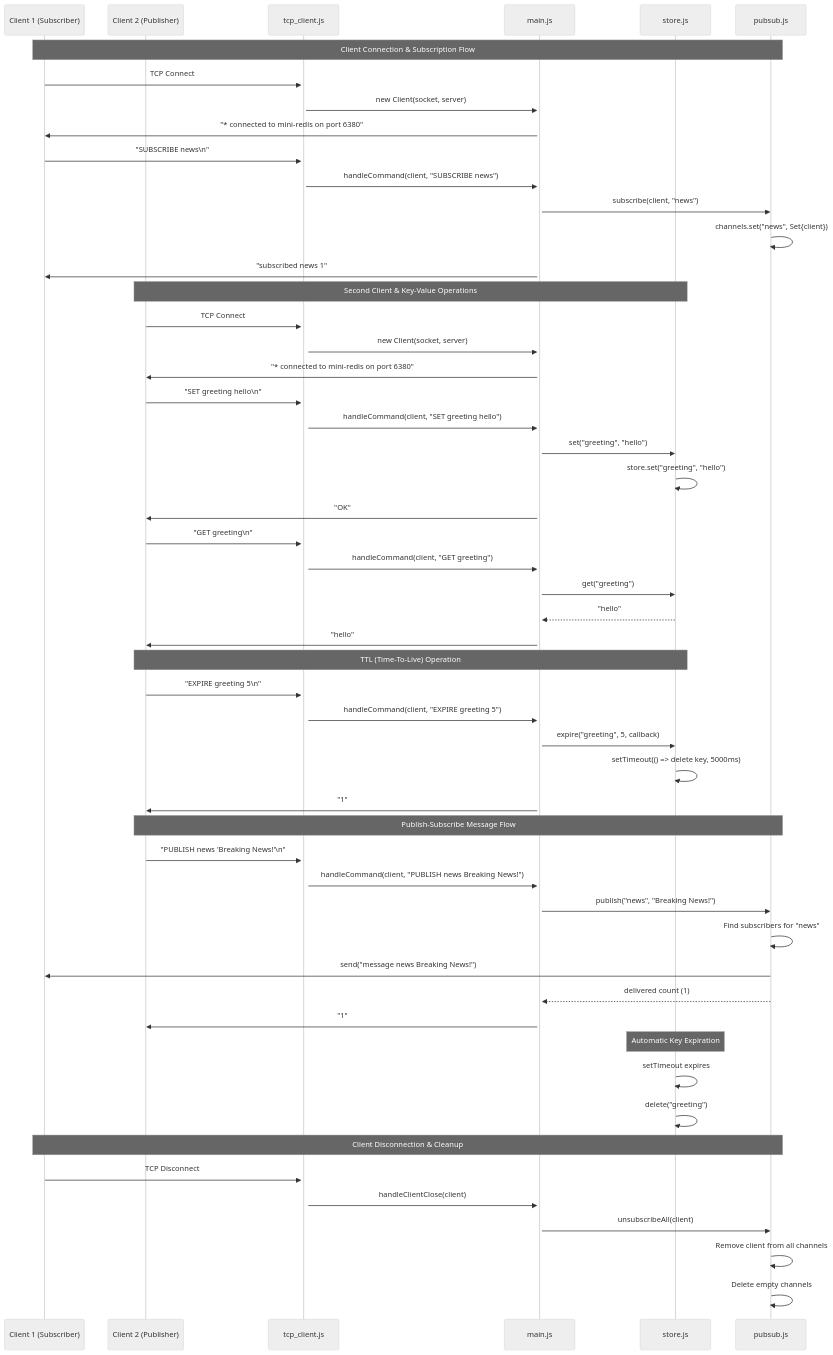
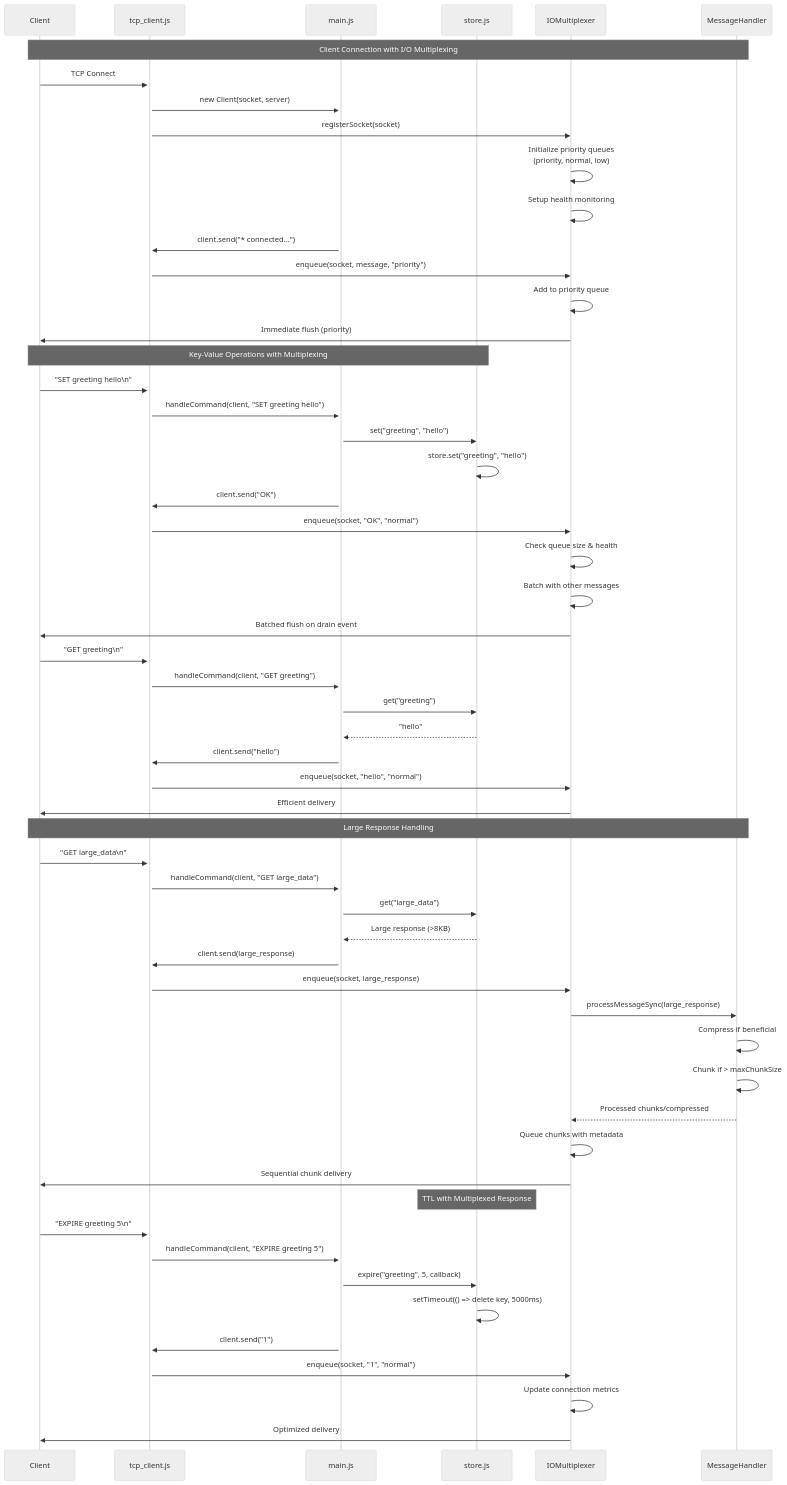
The first of 2 diagrams in README.md (EricNguyen1206/mini-redis), drawn with Mermaid (neutral theme) before and after one commit. The commit also changed other lines of this file and 13 other files, not shown here.

````diff
--- a/README.md
+++ b/README.md
@@ -276,70 +340,67 @@
 ```mermaid
 sequenceDiagram
-    participant C1 as Client 1 (Subscriber)
-    participant C2 as Client 2 (Publisher)
+    participant C as Client
     participant TCP as tcp_client.js
     participant Main as main.js
     participant Store as store.js
-    participant PubSub as pubsub.js
+    participant Mux as IOMultiplexer
+    participant MH as MessageHandler
 
-    Note over C1,PubSub: Client Connection & Subscription Flow
+    Note over C,MH: Client Connection with I/O Multiplexing
 
-    C1->>+TCP: TCP Connect
+    C->>+TCP: TCP Connect
     TCP->>+Main: new Client(socket, server)
-    Main->>C1: "* connected to mini-redis on port 6380"
+    TCP->>Mux: registerSocket(socket)
+    Mux->>Mux: Initialize priority queues<br/>(priority, normal, low)
+    Mux->>Mux: Setup health monitoring
+    Main->>TCP: client.send("* connected...")
+    TCP->>Mux: enqueue(socket, message, "priority")
+    Mux->>Mux: Add to priority queue
+    Mux->>C: Immediate flush (priority)
 
-    C1->>TCP: "SUBSCRIBE news\n"
-    TCP->>Main: handleCommand(client, "SUBSCRIBE news")
-    Main->>PubSub: subscribe(client, "news")
-    PubSub->>PubSub: channels.set("news", Set{client})
-    Main->>C1: "subscribed news 1"
+    Note over C,Store: Key-Value Operations with Multiplexing
 
-    Note over C2,Store: Second Client & Key-Value Operations
-
-    C2->>+TCP: TCP Connect
-    TCP->>Main: new Client(socket, server)
-    Main->>C2: "* connected to mini-redis on port 6380"
-
-    C2->>TCP: "SET greeting hello\n"
+    C->>TCP: "SET greeting hello\n"
     TCP->>Main: handleCommand(client, "SET greeting hello")
     Main->>Store: set("greeting", "hello")
     Store->>Store: store.set("greeting", "hello")
-    Main->>C2: "OK"
+    Main->>TCP: client.send("OK")
+    TCP->>Mux: enqueue(socket, "OK", "normal")
+    Mux->>Mux: Check queue size & health
+    Mux->>Mux: Batch with other messages
+    Mux->>C: Batched flush on drain event
 
-    C2->>TCP: "GET greeting\n"
+    C->>TCP: "GET greeting\n"
     TCP->>Main: handleCommand(client, "GET greeting")
     Main->>Store: get("greeting")
     Store-->>Main: "hello"
-    Main->>C2: "hello"
+    Main->>TCP: client.send("hello")
+    TCP->>Mux: enqueue(socket, "hello", "normal")
+    Mux->>C: Efficient delivery
 
-    Note over C2,Store: TTL (Time-To-Live) Operation
+    Note over C,MH: Large Response Handling
 
-    C2->>TCP: "EXPIRE greeting 5\n"
+    C->>TCP: "GET large_data\n"
+    TCP->>Main: handleCommand(client, "GET large_data")
+    Main->>Store: get("large_data")
+    Store-->>Main: Large response (>8KB)
+    Main->>TCP: client.send(large_response)
+    TCP->>Mux: enqueue(socket, large_response)
+    Mux->>MH: processMessageSync(large_response)
+    MH->>MH: Compress if beneficial
+    MH->>MH: Chunk if > maxChunkSize
+    MH-->>Mux: Processed chunks/compressed
+    Mux->>Mux: Queue chunks with metadata
+    Mux->>C: Sequential chunk delivery
+
+    Note over Store,Store: TTL with Multiplexed Response
+
+    C->>TCP: "EXPIRE greeting 5\n"
     TCP->>Main: handleCommand(client, "EXPIRE greeting 5")
     Main->>Store: expire("greeting", 5, callback)
     Store->>Store: setTimeout(() => delete key, 5000ms)
-    Main->>C2: "1"
-
-    Note over C2,PubSub: Publish-Subscribe Message Flow
-
-    C2->>TCP: "PUBLISH news 'Breaking News!'\n"
-    TCP->>Main: handleCommand(client, "PUBLISH news Breaking News!")
-    Main->>PubSub: publish("news", "Breaking News!")
-    PubSub->>PubSub: Find subscribers for "news"
-    PubSub->>C1: send("message news Breaking News!")
-    PubSub-->>Main: delivered count (1)
-    Main->>C2: "1"
-
-    Note over Store,Store: Automatic Key Expiration
-
-    Store->>Store: setTimeout expires
-    Store->>Store: delete("greeting")
-
-    Note over C1,PubSub: Client Disconnection & Cleanup
-
-    C1->>TCP: TCP Disconnect
-    TCP->>Main: handleClientClose(client)
-    Main->>PubSub: unsubscribeAll(client)
-    PubSub->>PubSub: Remove client from all channels
-    PubSub->>PubSub: Delete empty channels
+    Main->>TCP: client.send("1")
+    TCP->>Mux: enqueue(socket, "1", "normal")
+    Mux->>Mux: Update connection metrics
+    Mux->>C: Optimized delivery
 ```
````
